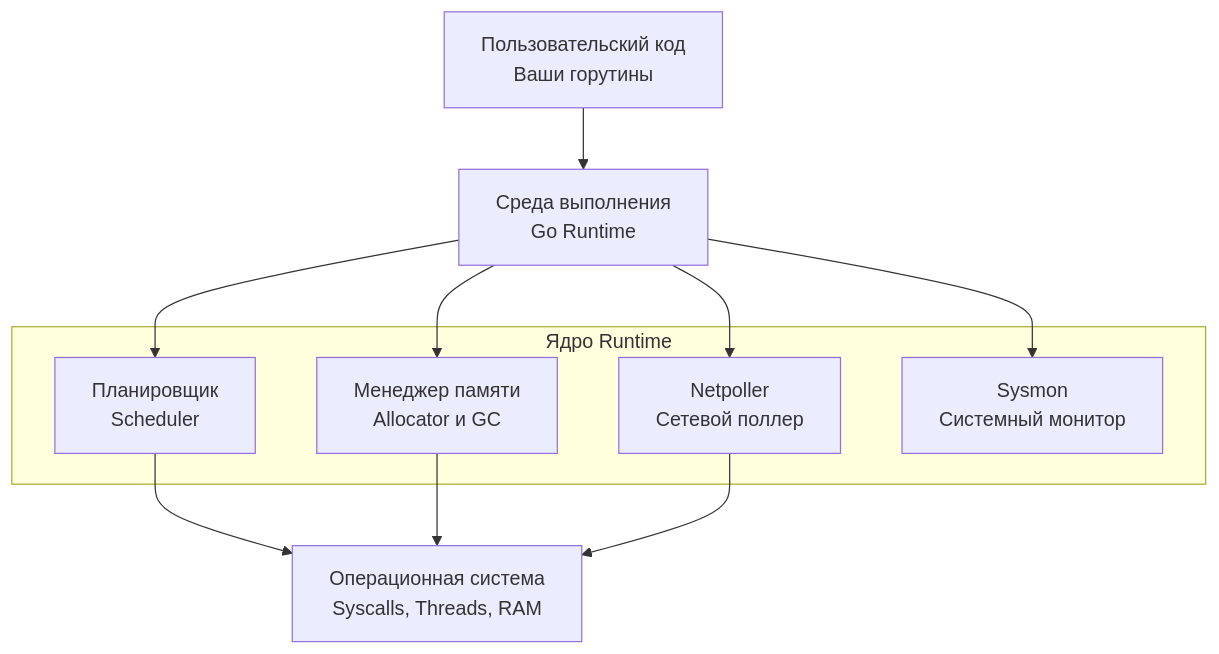
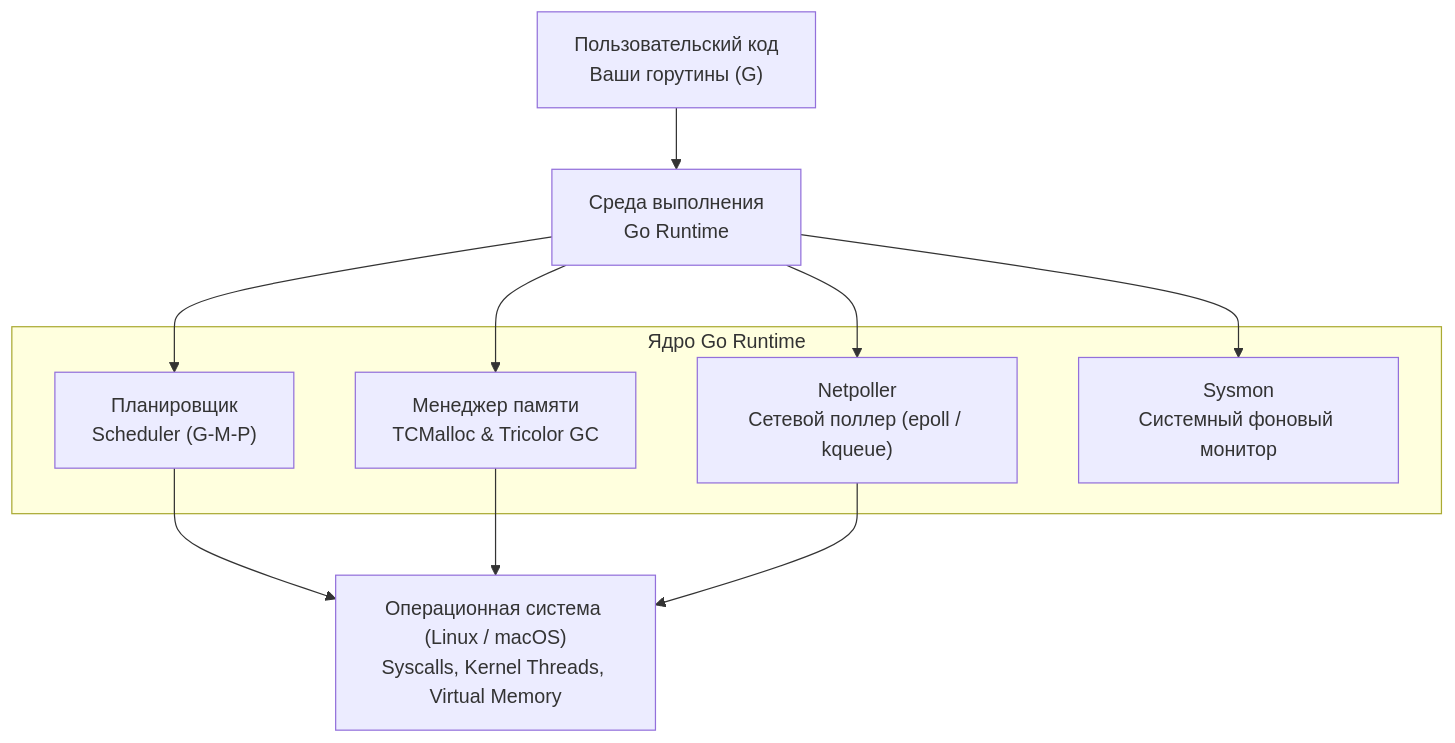
Before and after one commit to UnrealTemplier/go-textbook: the diagram in sources/7. Глубокий Go (Внутреннее устройство)/8. Go runtime. Главные компоненты рантайма.md, drawn with Mermaid. The commit also changed other lines of this file, not shown here.

````diff
--- a/sources/7. Глубокий Go (Внутреннее устройство)/8. Go runtime. Главные компоненты рантайма.md
+++ b/sources/7. Глубокий Go (Внутреннее устройство)/8. Go runtime. Главные компоненты рантайма.md
@@ -14,20 +15,20 @@
 ```mermaid
 flowchart TD
-    APP["Пользовательский код<br>Ваши горутины"] --> RT["Среда выполнения<br>Go Runtime"]
+    APP["Пользовательский код<br>Ваши горутины (G)"] --> RT["Среда выполнения<br>Go Runtime"]
     
-    subgraph RUNTIME ["Ядро Runtime"]
-        SCHED["Планировщик<br>Scheduler"]
-        MEM["Менеджер памяти<br>Allocator и GC"]
-        NET["Netpoller<br>Сетевой поллер"]
-        SYS["Sysmon<br>Системный монитор"]
+    subgraph RUNTIME ["Ядро Go Runtime"]
+        SCHED["Планировщик<br>Scheduler (G-M-P)"]
+        MEM["Менеджер памяти<br>TCMalloc & Tricolor GC"]
+        NET["Netpoller<br>Сетевой поллер (epoll / kqueue)"]
+        SYS["Sysmon<br>Системный фоновый монитор"]
     end
     
     RT --> SCHED
     RT --> MEM
     RT --> NET
     RT --> SYS
     
-    SCHED --> OS["Операционная система<br>Syscalls, Threads, RAM"]
+    SCHED --> OS["Операционная система (Linux / macOS)<br>Syscalls, Kernel Threads, Virtual Memory"]
     MEM --> OS
     NET --> OS
 ```
````
